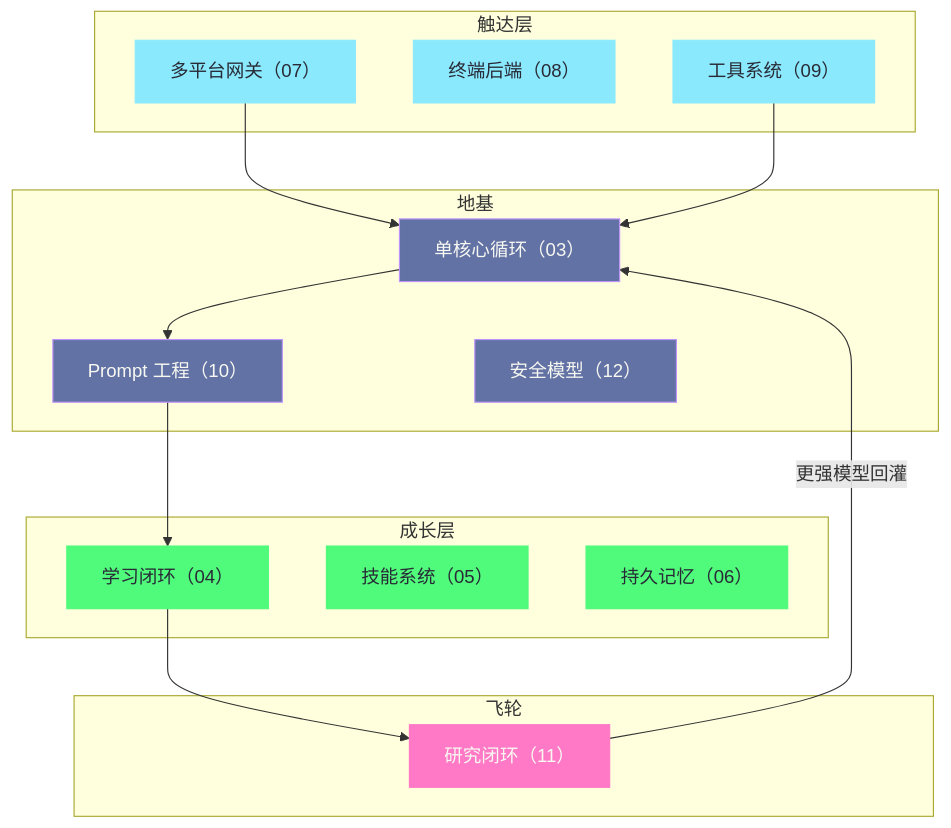
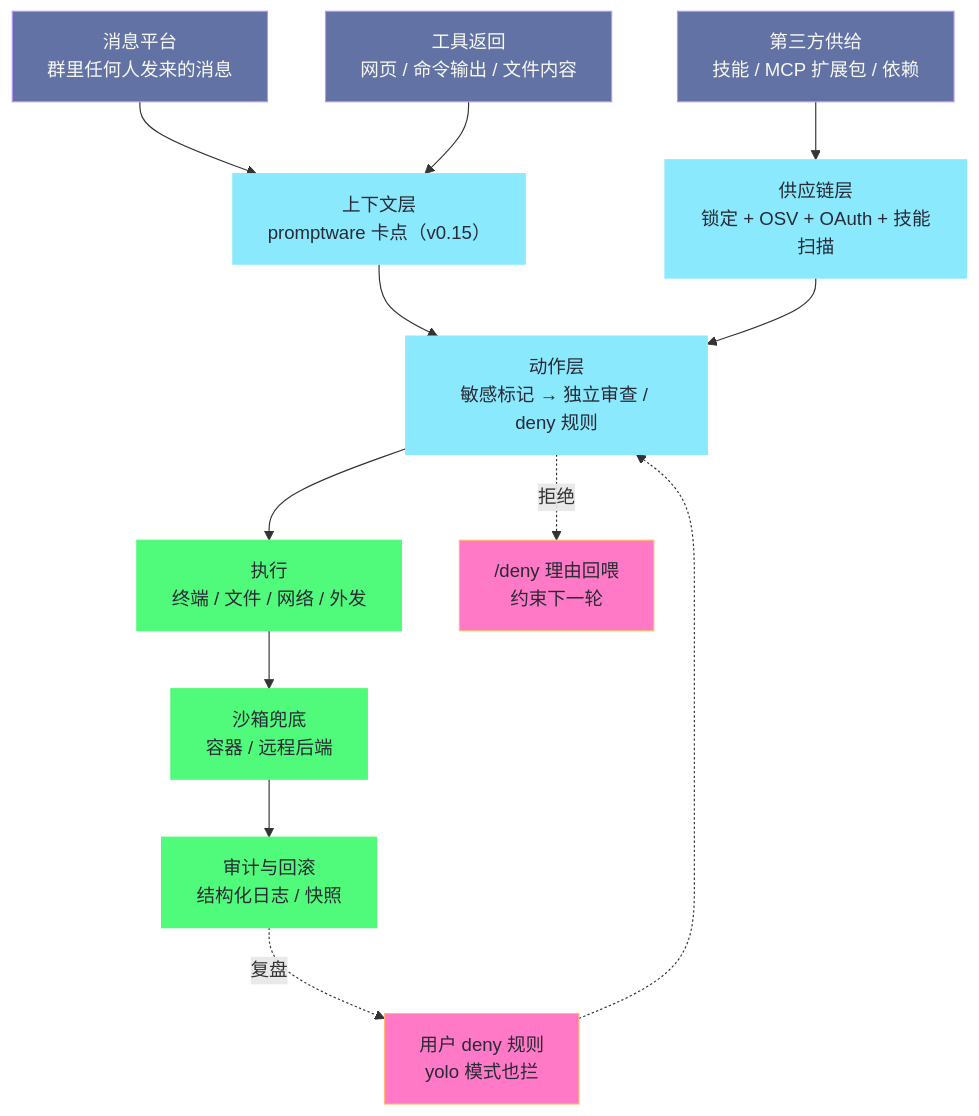
Before and after one commit to hpliStartAgain/my-brain: the first of 4 diagrams in content/LLM/Hermes-Agent/12 安全、生态与未来——从个人 Agent 到标准.md, drawn with Mermaid. The commit also changed other lines of this file and 259 other files, not shown here.

````diff
--- a/content/LLM/Hermes-Agent/12 安全、生态与未来——从个人 Agent 到标准.md
+++ b/content/LLM/Hermes-Agent/12 安全、生态与未来——从个人 Agent 到标准.md
@@ -326,38 +51,24 @@
 ```mermaid
 %%{init: {'theme': 'dracula'}}%%
 graph TD
-    subgraph Foundation["地基"]
-        A["单核心循环（03）"]
-        B["Prompt 工程（10）"]
-        S["安全模型（12）"]
-    end
-    subgraph Growth["成长层"]
-        C["学习闭环（04）"]
-        D["技能系统（05）"]
-        E["持久记忆（06）"]
-    end
-    subgraph Reach["触达层"]
-        F["多平台网关（07）"]
-        G["终端后端（08）"]
-        H["工具系统（09）"]
-    end
-    subgraph Flywheel["飞轮"]
-        I["研究闭环（11）"]
-    end
+    M["消息平台<br/>群里任何人发来的消息"] --> C1
+    W["工具返回<br/>网页 / 命令输出 / 文件内容"] --> C1
+    P["第三方供给<br/>技能 / MCP 扩展包 / 依赖"] --> C3
+    C1["上下文层<br/>promptware 卡点（v0.15）"] --> C2
+    C3["供应链层<br/>锁定 + OSV + OAuth + 技能扫描"] --> C2
+    C2["动作层<br/>敏感标记 → 独立审查 / deny 规则"] --> E["执行<br/>终端 / 文件 / 网络 / 外发"]
+    E --> S["沙箱兜底<br/>容器 / 远程后端"]
+    S --> A["审计与回滚<br/>结构化日志 / 快照"]
+    D["用户 deny 规则<br/>yolo 模式也拦"] -.-> C2
+    C2 -.->|拒绝| F["/deny 理由回喂<br/>约束下一轮"]
+    A -.->|复盘| D
 
-    F --> A
-    H --> A
-    A --> B
-    B --> C
-    C --> I
-    I -->|"更强模型回灌"| A
-
-    classDef base fill:#6272a4,stroke:#bd93f9,color:#f8f8f2
-    classDef grow fill:#50fa7b,stroke:#50fa7b,color:#282a36
-    classDef reach fill:#8be9fd,stroke:#8be9fd,color:#282a36
-    classDef fly fill:#ff79c6,stroke:#ff79c6,color:#f8f8f2
-    class A,B,S base
-    class C,D,E grow
-    class F,G,H reach
-    class I fly
+    classDef src fill:#6272a4,stroke:#bd93f9,color:#f8f8f2
+    classDef layer fill:#8be9fd,stroke:#8be9fd,color:#282a36
+    classDef sink fill:#50fa7b,stroke:#50fa7b,color:#282a36
+    classDef loop fill:#ff79c6,stroke:#ffb86c,color:#282a36
+    class M,W,P src
+    class C1,C2,C3 layer
+    class E,S,A sink
+    class D,F loop
 ```
````
